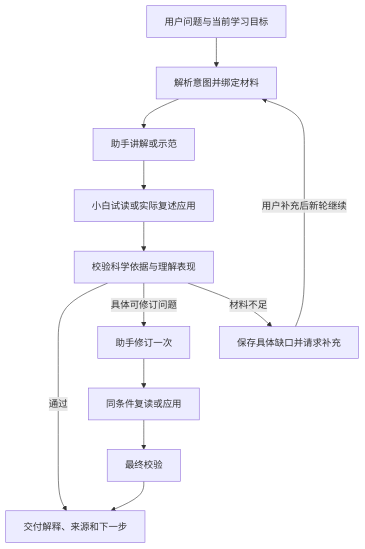
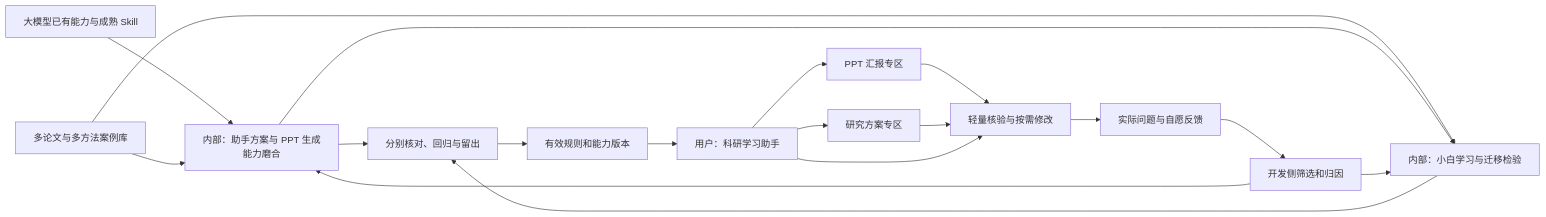
One commit to qiudaoyu0201/med-research-mentor changed the first of 2 diagrams in docs/科研能力培养与三类Agent协作_整体落地方案.md. Above: the diagram before and after it, drawn with Mermaid. The commit also changed other lines of this file and 5 other files, not shown here.

````diff
--- a/docs/科研能力培养与三类Agent协作_整体落地方案.md
+++ b/docs/科研能力培养与三类Agent协作_整体落地方案.md
@@ -222,14 +52,20 @@
 ```mermaid
-flowchart TD
-  U[用户问题与当前学习目标] --> I[解析意图并绑定材料]
-  I --> A[助手讲解或示范]
-  A --> N[小白试读或实际复述应用]
-  N --> C[校验科学依据与理解表现]
-  C -->|通过| O[交付解释、来源和下一步]
-  C -->|具体可修订问题| R[助手修订一次]
-  R --> N2[同条件复读或应用]
-  N2 --> C2[最终校验]
-  C2 --> O
-  C -->|材料不足| M[保存具体缺口并请求补充]
-  M -->|用户补充后新轮继续| I
+flowchart LR
+  K[大模型已有能力与成熟 Skill] --> A[内部：助手方案与 PPT 生成能力磨合]
+  M[多论文与多方法案例库] --> A
+  M --> B[内部：小白学习与迁移检验]
+  A --> V[分别核对、回归与留出]
+  B --> V
+  A --> B
+  V --> R[有效规则和能力版本]
+  R --> U[用户：科研学习助手]
+  U --> P[PPT 汇报专区]
+  U --> S[研究方案专区]
+  P --> C[轻量核验与按需修改]
+  S --> C
+  U --> C
+  C --> F[实际问题与自愿反馈]
+  F --> D[开发侧筛选和归因]
+  D --> A
+  D --> B
 ```
````
